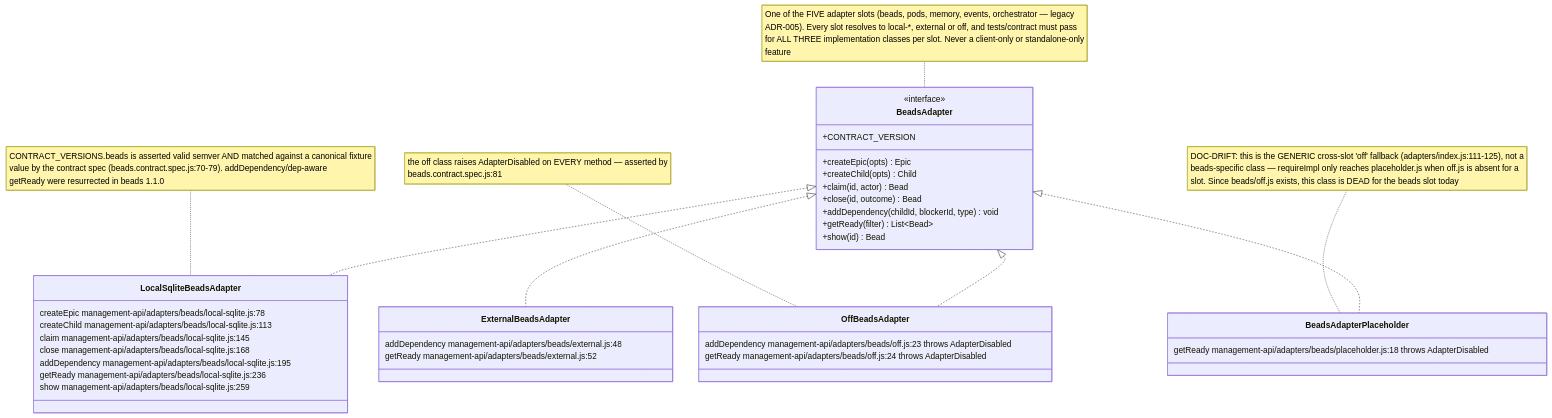
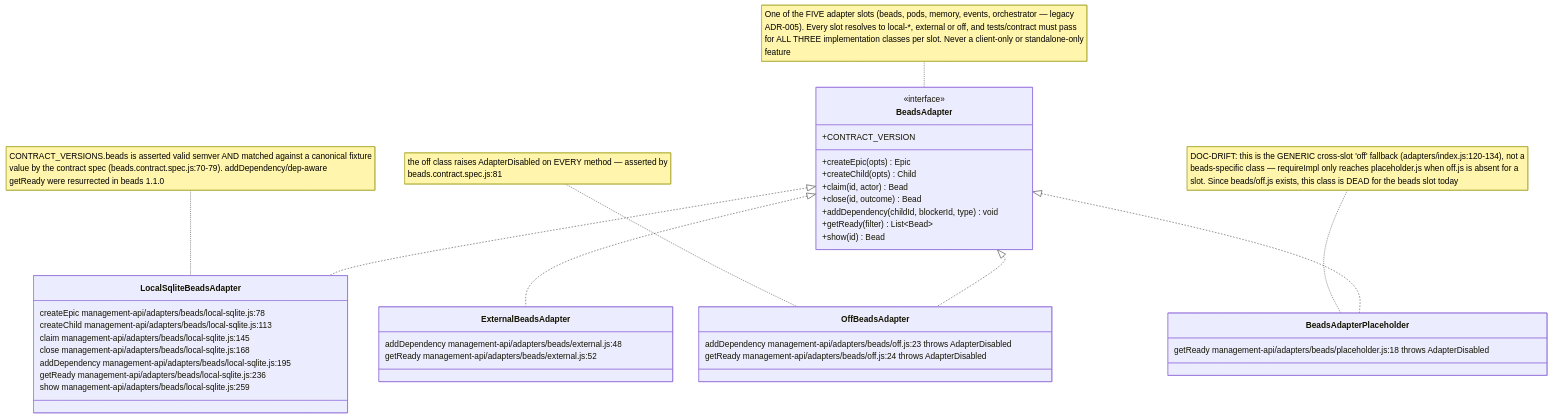
The fourth of 9 diagrams in docs/diagrams/agentbox/26-headroom-beads-spawn-brain.md (DreamLab-AI/VisionFlow), drawn with Mermaid before and after one commit. The commit also changed other lines of this file and 173 other files, not shown here.

````diff
--- a/docs/diagrams/agentbox/26-headroom-beads-spawn-brain.md
+++ b/docs/diagrams/agentbox/26-headroom-beads-spawn-brain.md
@@ -158,42 +168,42 @@
 ```mermaid
 classDiagram
     class BeadsAdapter {
         <<interface>>
         +CONTRACT_VERSION
         +createEpic(opts) Epic
         +createChild(opts) Child
         +claim(id, actor) Bead
         +close(id, outcome) Bead
         +addDependency(childId, blockerId, type) void
         +getReady(filter) List~Bead~
         +show(id) Bead
     }
     class LocalSqliteBeadsAdapter {
         createEpic management-api/adapters/beads/local-sqlite.js:78
         createChild management-api/adapters/beads/local-sqlite.js:113
         claim management-api/adapters/beads/local-sqlite.js:145
         close management-api/adapters/beads/local-sqlite.js:168
         addDependency management-api/adapters/beads/local-sqlite.js:195
         getReady management-api/adapters/beads/local-sqlite.js:236
         show management-api/adapters/beads/local-sqlite.js:259
     }
     class ExternalBeadsAdapter {
         addDependency management-api/adapters/beads/external.js:48
         getReady management-api/adapters/beads/external.js:52
     }
     class OffBeadsAdapter {
         addDependency management-api/adapters/beads/off.js:23 throws AdapterDisabled
         getReady management-api/adapters/beads/off.js:24 throws AdapterDisabled
     }
     class BeadsAdapterPlaceholder {
         getReady management-api/adapters/beads/placeholder.js:18 throws AdapterDisabled
     }
     BeadsAdapter <|.. LocalSqliteBeadsAdapter
     BeadsAdapter <|.. ExternalBeadsAdapter
     BeadsAdapter <|.. OffBeadsAdapter
     BeadsAdapter <|.. BeadsAdapterPlaceholder
     note for BeadsAdapter "One of the FIVE adapter slots (beads, pods, memory, events, orchestrator — legacy<br/>ADR-005). Every slot resolves to local-*, external or off, and tests/contract must pass<br/>for ALL THREE implementation classes per slot. Never a client-only or standalone-only<br/>feature"
     note for LocalSqliteBeadsAdapter "CONTRACT_VERSIONS.beads is asserted valid semver AND matched against a canonical fixture<br/>value by the contract spec (beads.contract.spec.js:70-79). addDependency/dep-aware<br/>getReady were resurrected in beads 1.1.0"
     note for OffBeadsAdapter "the off class raises AdapterDisabled on EVERY method — asserted by<br/>beads.contract.spec.js:81"
-    note for BeadsAdapterPlaceholder "DOC-DRIFT: this is the GENERIC cross-slot 'off' fallback (adapters/index.js:111-125), not a<br/>beads-specific class — requireImpl only reaches placeholder.js when off.js is absent for a<br/>slot. Since beads/off.js exists, this class is DEAD for the beads slot today"
+    note for BeadsAdapterPlaceholder "DOC-DRIFT: this is the GENERIC cross-slot 'off' fallback (adapters/index.js:120-134), not a<br/>beads-specific class — requireImpl only reaches placeholder.js when off.js is absent for a<br/>slot. Since beads/off.js exists, this class is DEAD for the beads slot today"
 ```
````
